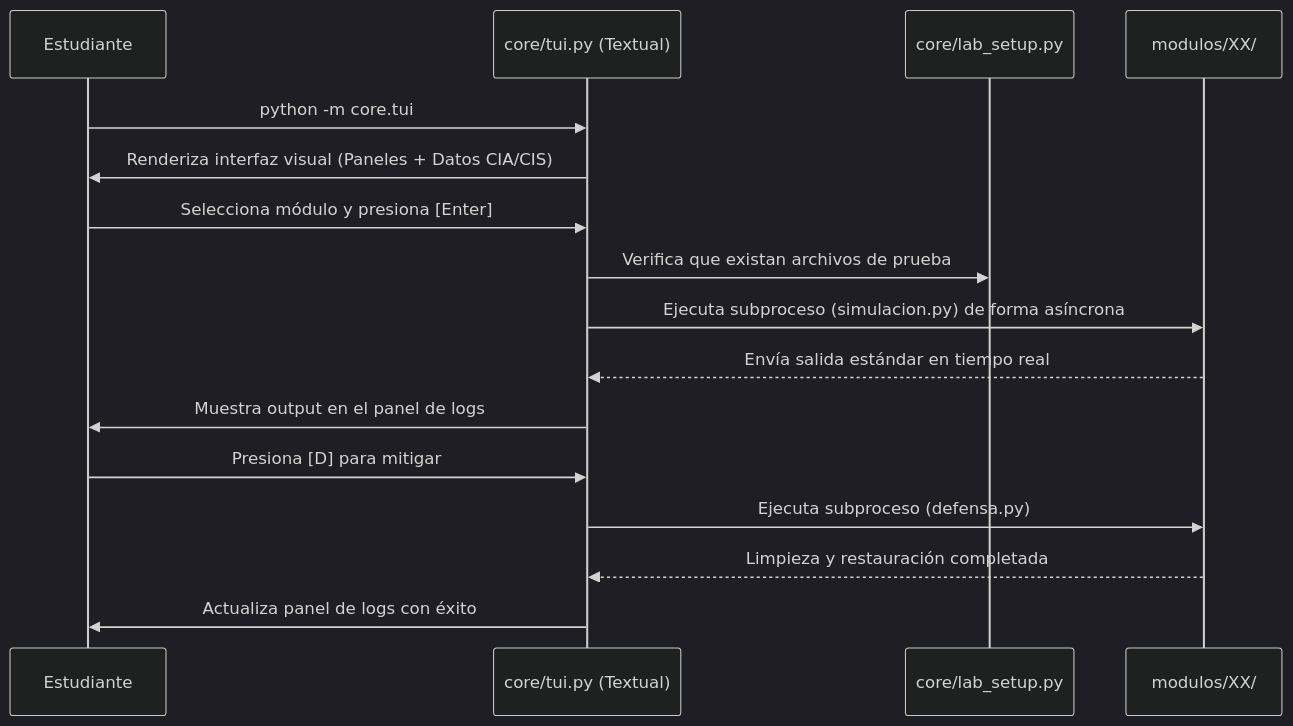
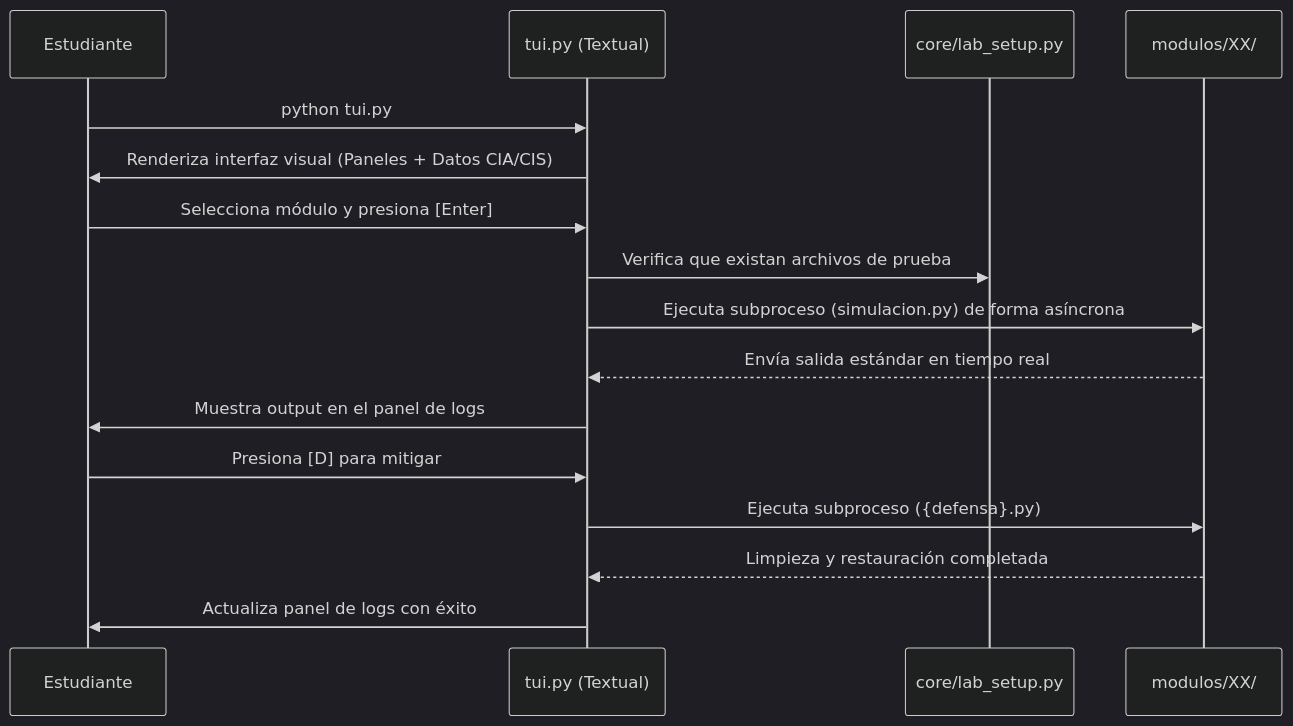
Before and after one commit to dozelix/easml-framework: the second of 3 diagrams in README.md, drawn with Mermaid (dark theme). The commit also changed other lines of this file and 16 other files, not shown here.

````diff
--- a/README.md
+++ b/README.md
@@ -90,20 +97,20 @@
 ```mermaid
 sequenceDiagram
     participant E as Estudiante
-    participant T as core/tui.py (Textual)
+    participant T as tui.py (Textual)
     participant S as core/lab_setup.py
     participant M as modulos/XX/
 
-    E->>T: python -m core.tui
+    E->>T: python tui.py
     T->>E: Renderiza interfaz visual (Paneles + Datos CIA/CIS)
     E->>T: Selecciona módulo y presiona [Enter]
     T->>S: Verifica que existan archivos de prueba
     T->>M: Ejecuta subproceso (simulacion.py) de forma asíncrona
     M-->>T: Envía salida estándar en tiempo real
     T->>E: Muestra output en el panel de logs
     E->>T: Presiona [D] para mitigar
-    T->>M: Ejecuta subproceso (defensa.py)
+    T->>M: Ejecuta subproceso ({defensa}.py)
     M-->>T: Limpieza y restauración completada
     T->>E: Actualiza panel de logs con éxito
 
 ```
````
